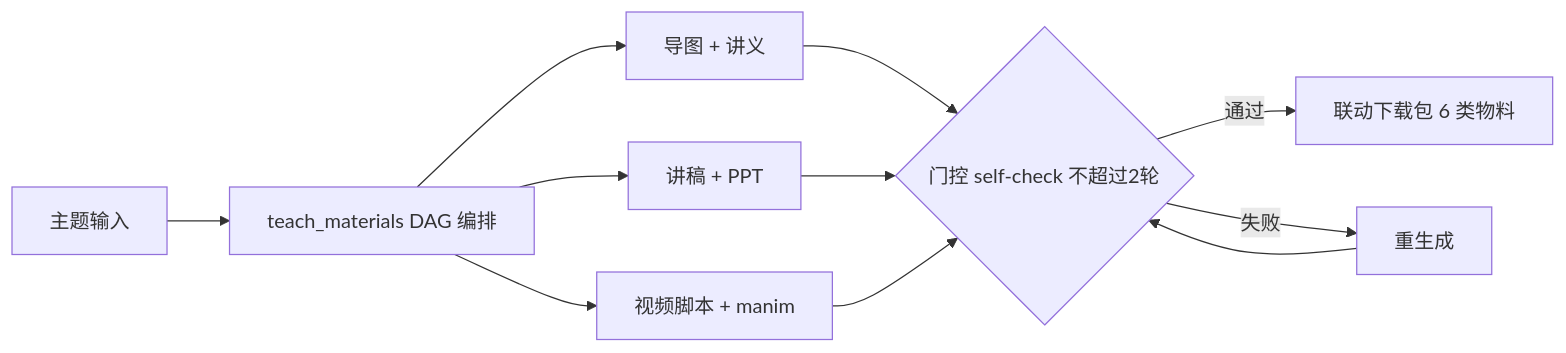
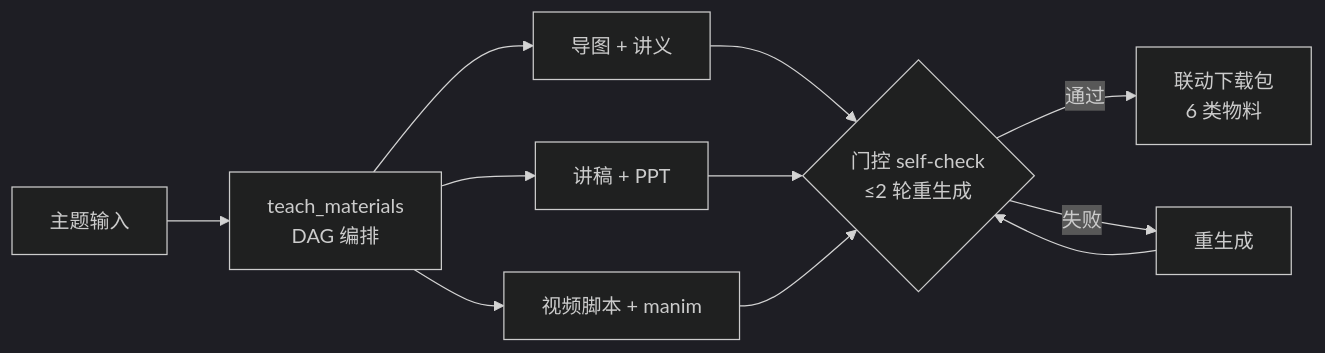
Diagram 27 of 28 in PAEG技术说明.md (Golden2002/PAEG), drawn with Mermaid before and after one commit. The commit also changed other lines of this file and 3 other files, not shown here.

Commit message:
fix: 图册幽灵块根因修复——删除图27后残留的无`mermaid前缀图26副本(纯文本进HTML致print泄漏) + render_pdf恢复纯SVG直出(28图全SVG) + 44页PDF零泄漏

````diff
--- a/PAEG技术说明.md
+++ b/PAEG技术说明.md
@@ -696,13 +696,14 @@
 ```mermaid
+%%{init: {'theme': 'dark'}}%%
 flowchart LR
-    IN["主题输入"] --> DAG["teach_materials DAG 编排"]
+    IN["主题输入"] --> DAG["teach_materials<br/>DAG 编排"]
     DAG --> P1["导图 + 讲义"]
     DAG --> P2["讲稿 + PPT"]
     DAG --> P3["视频脚本 + manim"]
-    P1 --> GATE{"门控 self-check 不超过2轮"}
+    P1 --> GATE{"门控 self-check<br/>≤2 轮重生成"}
     P2 --> GATE
     P3 --> GATE
-    GATE -->|通过| OUT["联动下载包 6 类物料"]
+    GATE -->|通过| OUT["联动下载包<br/>6 类物料"]
     GATE -->|失败| REGEN["重生成"]
     REGEN --> GATE
 ```
````
